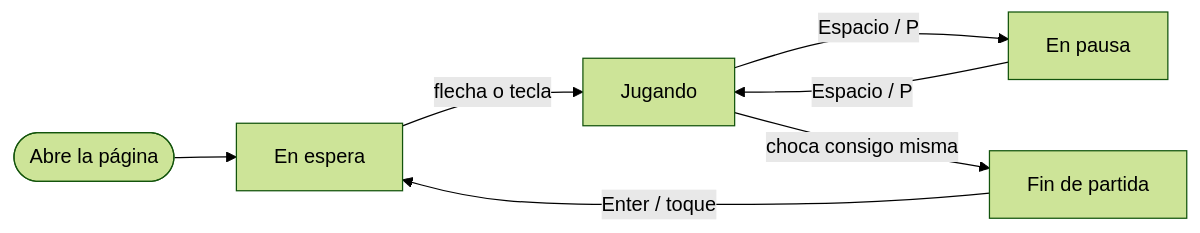
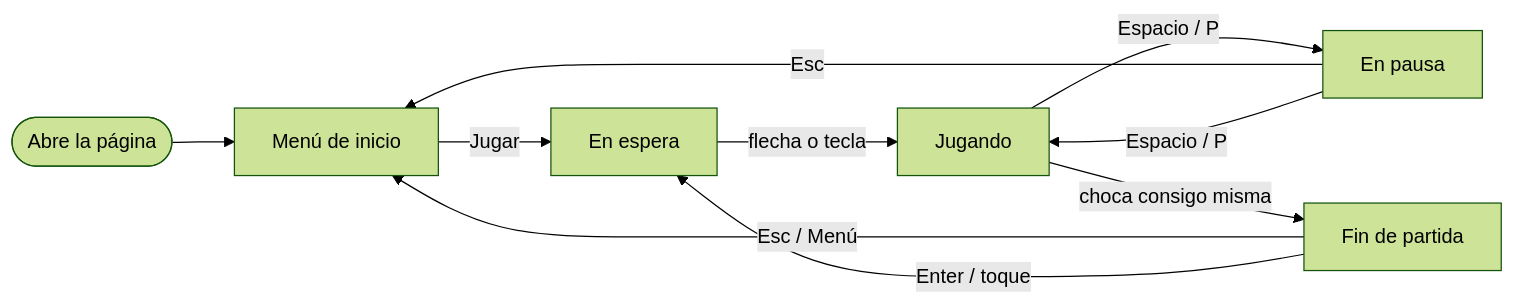
One commit to brayandiazc/snake-app changed the diagram in docs/architecture/screens.md. Above: the diagram before and after it, drawn with Mermaid (forest theme). The commit also changed other lines of this file and 18 other files, not shown here.

First line of the commit message:
feat(laberintos): añade cinco laberintos y el menú de inicio

````diff
--- a/docs/architecture/screens.md
+++ b/docs/architecture/screens.md
@@ -43,9 +44,12 @@
 ```mermaid
 flowchart LR
-    Entrada([Abre la página]) --> Espera[En espera]
+    Entrada([Abre la página]) --> Menu[Menú de inicio]
+    Menu -- Jugar --> Espera[En espera]
+    Fin -- Esc / Menú --> Menu
+    Pausa -- Esc --> Menu
     Espera -- flecha o tecla --> Jugando[Jugando]
     Jugando -- Espacio / P --> Pausa[En pausa]
     Pausa -- Espacio / P --> Jugando
     Jugando -- choca consigo misma --> Fin[Fin de partida]
     Fin -- Enter / toque --> Espera
 ```
````
